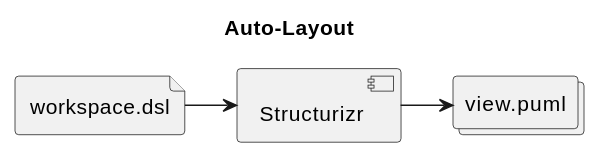
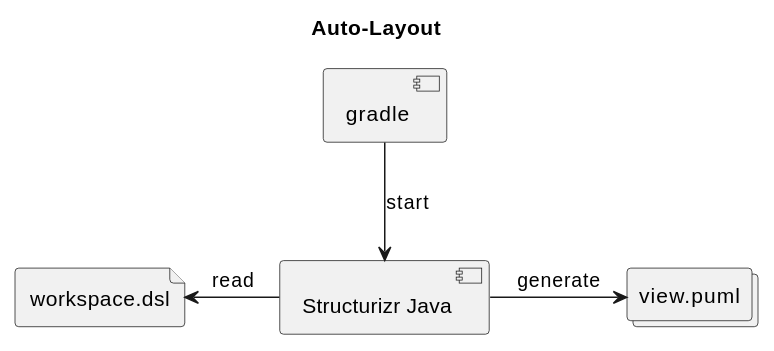
One commit to docToolchain/docToolchain changed the first of 2 diagrams in src/docs/027_arc42/exportStructurizr.adoc. Above: the diagram before and after it, drawn with PlantUML.

Commit message:
added content

```diff
--- a/src/docs/027_arc42/exportStructurizr.adoc
+++ b/src/docs/027_arc42/exportStructurizr.adoc
@@ -76,9 +76,10 @@
 [plantuml,'auto-layout', png]
 ----
 title "Auto-Layout"
 File "workspace.dsl" as dsl
 collections "view.puml" as puml
-component Structurizr
-dsl -> Structurizr
-Structurizr -> puml
+component "Structurizr Java" as Structurizr
+dsl <- Structurizr: read
+Structurizr -> puml: generate
+[gradle] -down-> Structurizr: start
 ----
```
